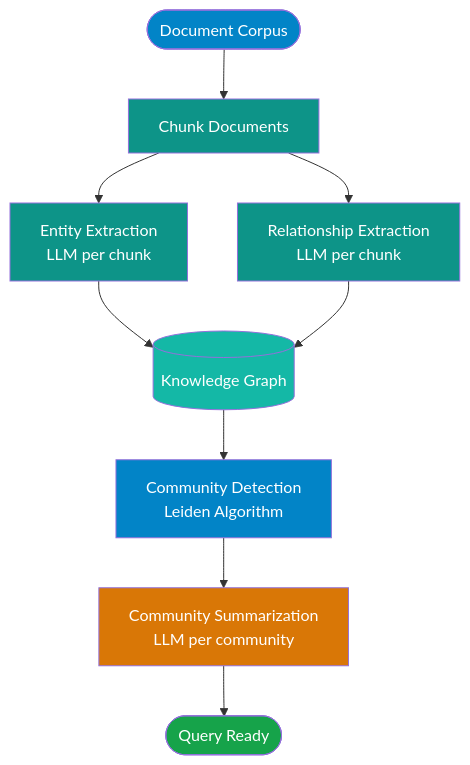
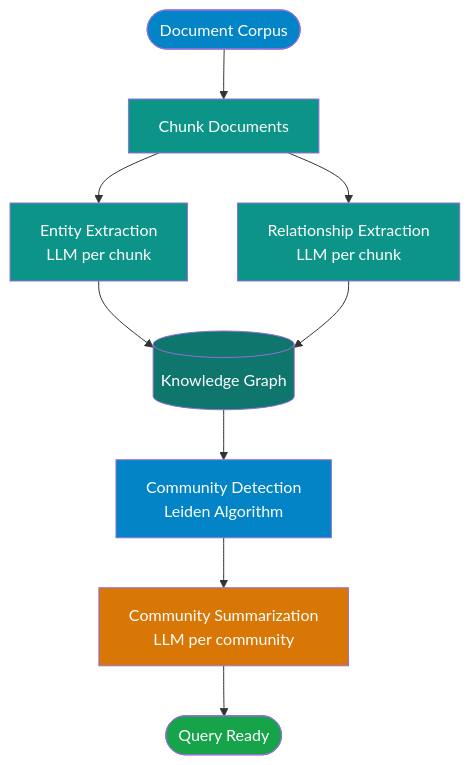
The first of 2 diagrams in docs/rag/graphrag.md (nitin27may/ai-resources), drawn with Mermaid before and after one commit. The commit also changed other lines of this file and 84 other files, not shown here.

````diff
--- a/docs/rag/graphrag.md
+++ b/docs/rag/graphrag.md
@@ -64,20 +68,20 @@
 ```mermaid
 flowchart TD
     A([Document Corpus]) --> B[Chunk Documents]
-    B --> C[Entity Extraction\nLLM per chunk]
-    B --> D[Relationship Extraction\nLLM per chunk]
+    B --> C[Entity Extraction<br/>LLM per chunk]
+    B --> D[Relationship Extraction<br/>LLM per chunk]
     C --> E[(Knowledge Graph)]
     D --> E
-    E --> F[Community Detection\nLeiden Algorithm]
-    F --> G[Community Summarization\nLLM per community]
+    E --> F[Community Detection<br/>Leiden Algorithm]
+    F --> G[Community Summarization<br/>LLM per community]
     G --> H([Query Ready])
 
     style A fill:#0284c7,color:#fff
     style B fill:#0d9488,color:#fff
     style C fill:#0d9488,color:#fff
     style D fill:#0d9488,color:#fff
-    style E fill:#14b8a6,color:#fff
+    style E fill:#0f766e,color:#fff
     style F fill:#0284c7,color:#fff
     style G fill:#d97706,color:#fff
     style H fill:#16a34a,color:#fff
 ```
````
